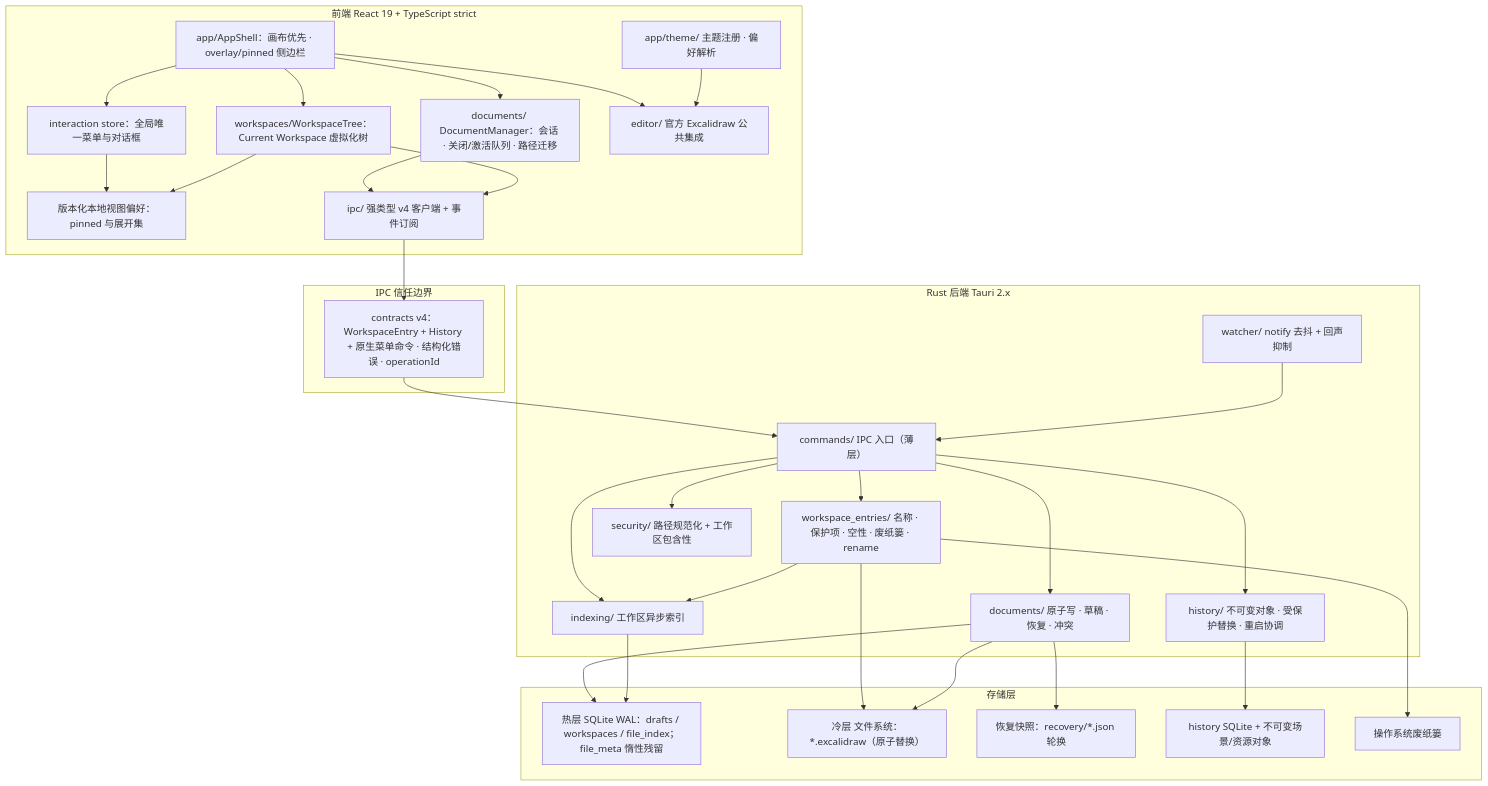
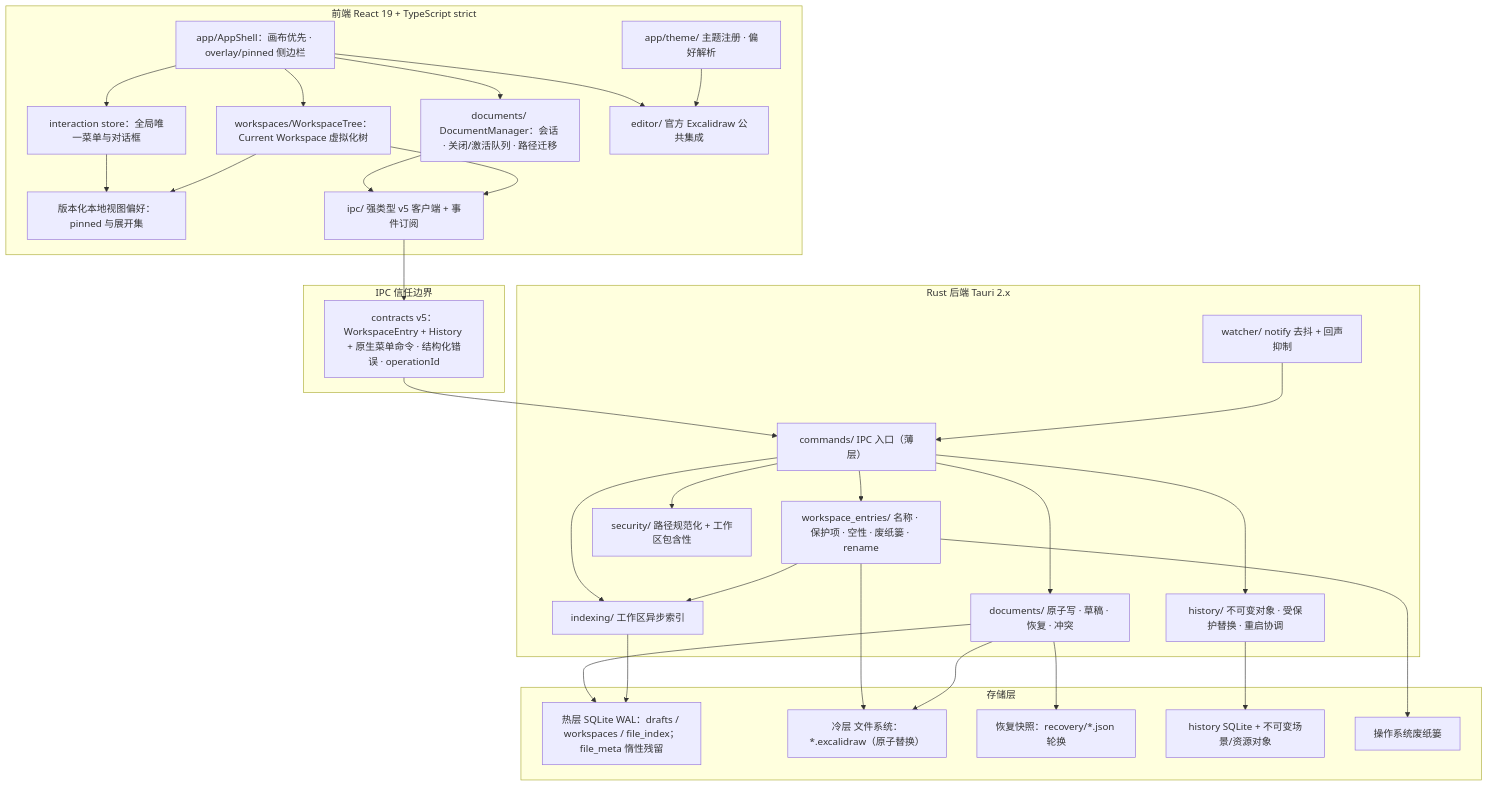
Before and after one commit to ignacioli/excalidraw-desktop: the first of 7 diagrams in docs/architecture.zh.md, drawn with Mermaid. The commit also changed other lines of this file and 22 other files, not shown here.

````diff
--- a/docs/architecture.zh.md
+++ b/docs/architecture.zh.md
@@ -19,56 +19,56 @@
 ```mermaid
 flowchart TB
     subgraph frontend [前端 React 19 + TypeScript strict]
         AppShell["app/AppShell：画布优先 · overlay/pinned 侧边栏"]
         Interaction["interaction store：全局唯一菜单与对话框"]
         Tree["workspaces/WorkspaceTree：Current Workspace 虚拟化树"]
         Docs["documents/ DocumentManager：会话 · 关闭/激活队列 · 路径迁移"]
         Editor["editor/ 官方 Excalidraw 公共集成"]
         Theme["app/theme/ 主题注册 · 偏好解析"]
         Prefs["版本化本地视图偏好：pinned 与展开集"]
-        IpcClient["ipc/ 强类型 v4 客户端 + 事件订阅"]
+        IpcClient["ipc/ 强类型 v5 客户端 + 事件订阅"]
     end
     subgraph boundary [IPC 信任边界]
-        Contracts["contracts v4：WorkspaceEntry + History + 原生菜单命令 · 结构化错误 · operationId"]
+        Contracts["contracts v5：WorkspaceEntry + History + 原生菜单命令 · 结构化错误 · operationId"]
     end
     subgraph backend [Rust 后端 Tauri 2.x]
         Commands["commands/ IPC 入口（薄层）"]
         EntryDomain["workspace_entries/ 名称 · 保护项 · 空性 · 废纸篓 · rename"]
         Security["security/ 路径规范化 + 工作区包含性"]
         DomainDocs["documents/ 原子写 · 草稿 · 恢复 · 冲突"]
         HistoryDomain["history/ 不可变对象 · 受保护替换 · 重启协调"]
         Indexing["indexing/ 工作区异步索引"]
         Watcher["watcher/ notify 去抖 + 回声抑制"]
     end
     subgraph storage [存储层]
         Hot["热层 SQLite WAL：drafts / workspaces / file_index；file_meta 惰性残留"]
         Cold["冷层 文件系统：*.excalidraw（原子替换）"]
         Recovery["恢复快照：recovery/*.json 轮换"]
         History["history SQLite + 不可变场景/资源对象"]
         Trash["操作系统废纸篓"]
     end
     AppShell --> Interaction
     AppShell --> Tree
     AppShell --> Docs
     AppShell --> Editor
     Interaction --> Prefs
     Tree --> Prefs
     Theme --> Editor
     Docs --> IpcClient
     Tree --> IpcClient
     IpcClient --> Contracts --> Commands
     Commands --> Security
     Commands --> EntryDomain
     Commands --> DomainDocs
     Commands --> HistoryDomain
     Commands --> Indexing
     Watcher --> Commands
     EntryDomain --> Indexing
     EntryDomain --> Cold
     EntryDomain --> Trash
     DomainDocs --> Hot
     DomainDocs --> Cold
     DomainDocs --> Recovery
     HistoryDomain --> History
     Indexing --> Hot
 ```
````
